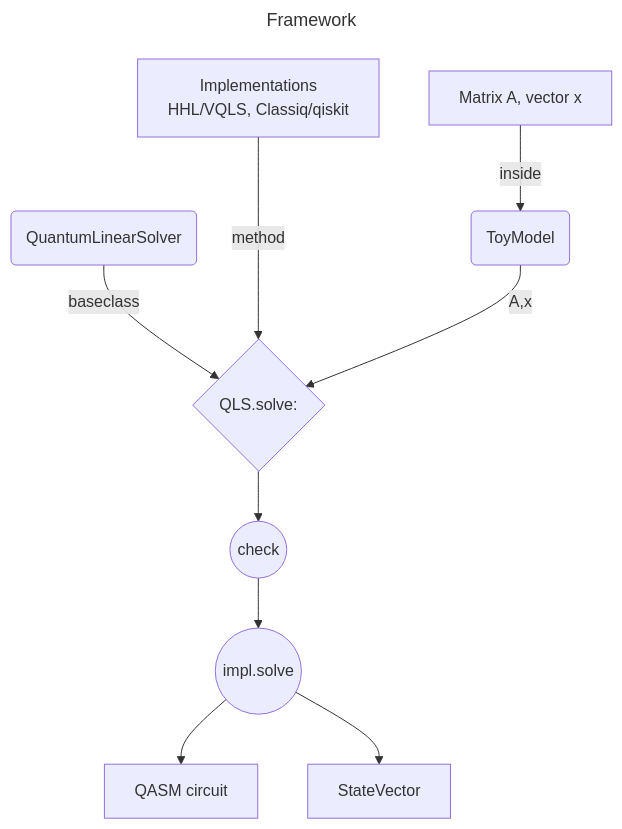
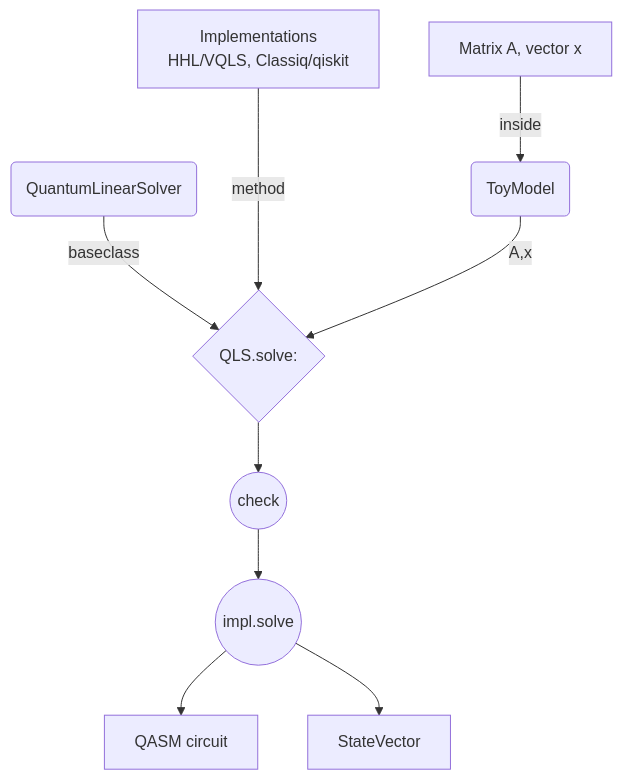
The diagram in README.md (SURFQuantum/qc-quantum-linear-systems), drawn with Mermaid before and after one commit.

Commit message:
removing mermaid title

````diff
--- a/README.md
+++ b/README.md
@@ -41,15 +41,12 @@
 ```mermaid
----
-title: Framework
----
 flowchart TD
     A[Matrix A, vector x] -->|inside| B(ToyModel)
     C(QuantumLinearSolver) -->|baseclass| D{QLS.solve:}
     M["Implementations
     HHL/VQLS, Classiq/qiskit"] ---> |method| D
     B --> |A,x| D
     D --> CH((check))
     CH --> S((impl.solve))
     S --> Q[QASM circuit]
     S --> V[StateVector]
 ```
````
